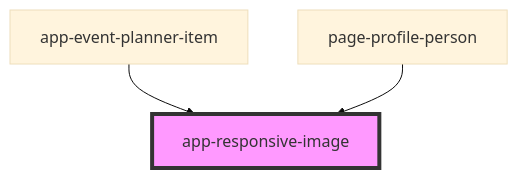
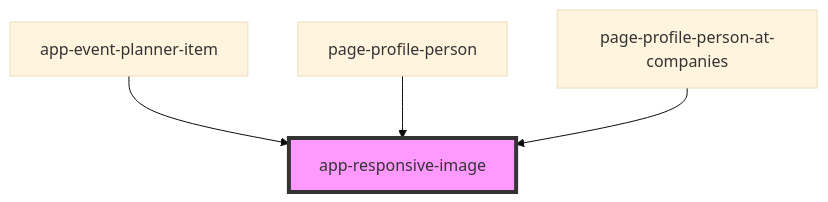
Before and after one commit to lokheed/IconEventNetwork.Web: the diagram in iconeventnetwork-web/src/components/app-responsive-image/readme.md, drawn with Mermaid (base theme). The commit also changed other lines of this file and 19 other files, not shown here.

````diff
--- a/iconeventnetwork-web/src/components/app-responsive-image/readme.md
+++ b/iconeventnetwork-web/src/components/app-responsive-image/readme.md
@@ -26,6 +27,7 @@
 ```mermaid
 graph TD;
   app-event-planner-item --> app-responsive-image
   page-profile-person --> app-responsive-image
+  page-profile-person-at-companies --> app-responsive-image
   style app-responsive-image fill:#f9f,stroke:#333,stroke-width:4px
 ```
````
